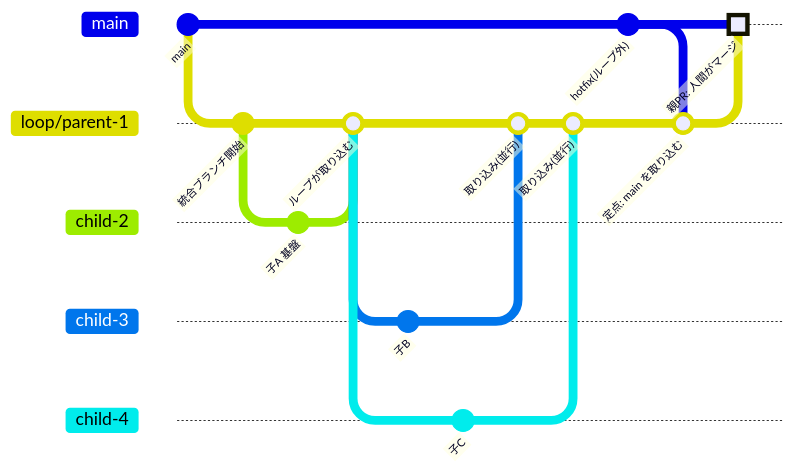
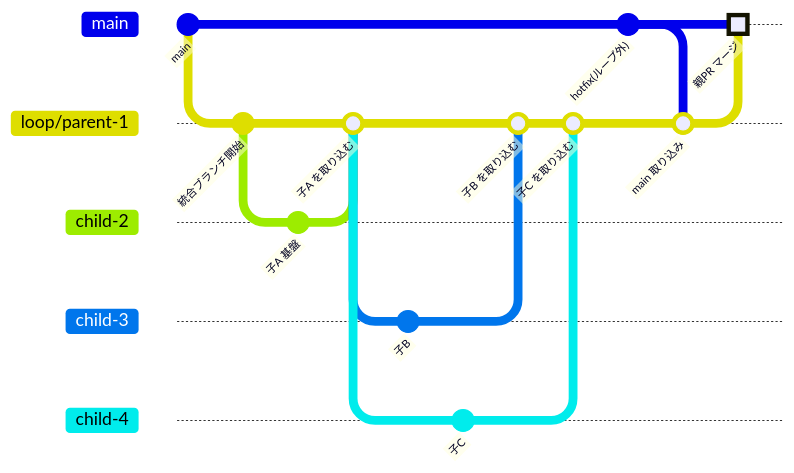
One commit to reonyanarticle/tasuki changed the third of 3 diagrams in README.md. Above: the diagram before and after it, drawn with Mermaid. The commit also changed other lines of this file and 12 other files, not shown here.

First line of the commit message:
fix: 最終レビュー(コード5観点、mermaid、入口文書)の所見を反映

````diff
--- a/README.md
+++ b/README.md
@@ -182,26 +182,26 @@
 ```mermaid
 gitGraph
     accTitle: ブランチの流れ
     accDescr: 子 PR は統合ブランチへ合流し、ループが取り込む。ループ外の hotfix はレイヤーの区切りで main から統合ブランチへ取り込まれる。main に入る経路は親 PR の人間マージただ1つである。
     commit id: "main"
     branch loop/parent-1
     commit id: "統合ブランチ開始"
     branch child-2
     commit id: "子A 基盤"
     checkout loop/parent-1
-    merge child-2 id: "ループが取り込む"
+    merge child-2 id: "子A を取り込む"
     branch child-3
     commit id: "子B"
     checkout loop/parent-1
     branch child-4
     commit id: "子C"
     checkout loop/parent-1
-    merge child-3 id: "取り込み(並行)"
-    merge child-4 id: "取り込み(並行) "
+    merge child-3 id: "子B を取り込む"
+    merge child-4 id: "子C を取り込む"
     checkout main
     commit id: "hotfix(ループ外)"
     checkout loop/parent-1
-    merge main id: "定点: main を取り込む"
+    merge main id: "main 取り込み"
     checkout main
-    merge loop/parent-1 id: "親PR: 人間がマージ" type: HIGHLIGHT
+    merge loop/parent-1 id: "親PR マージ" type: HIGHLIGHT
 ```
````
